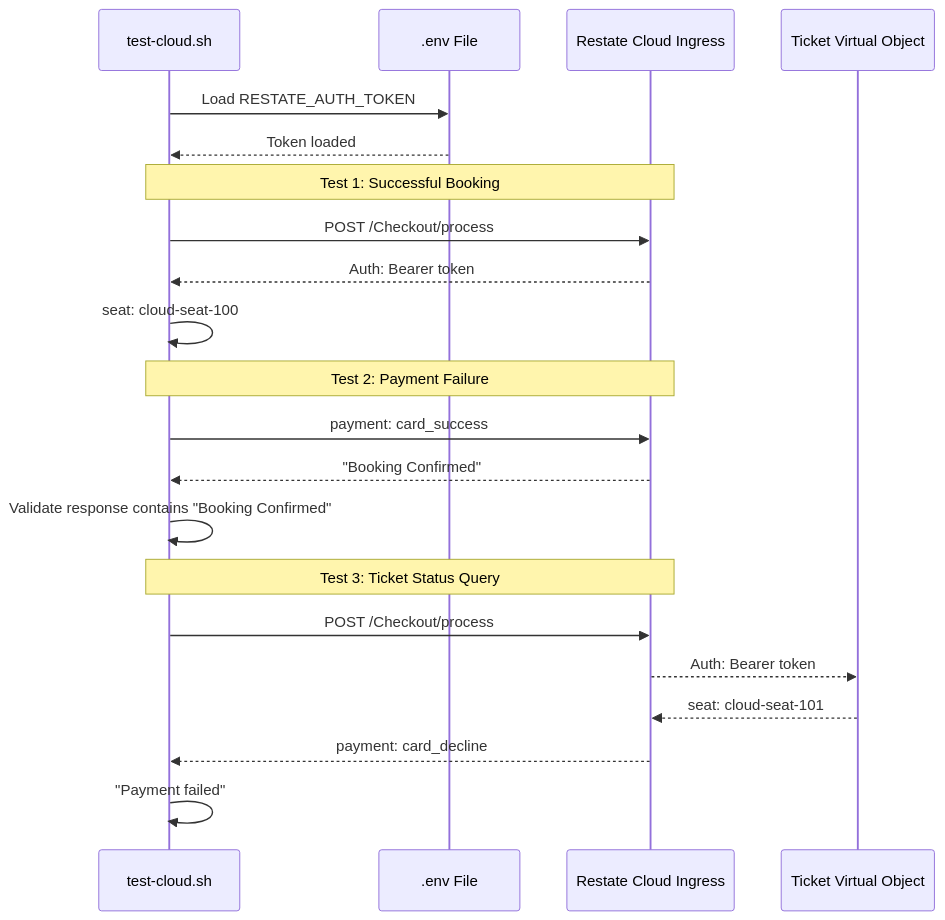
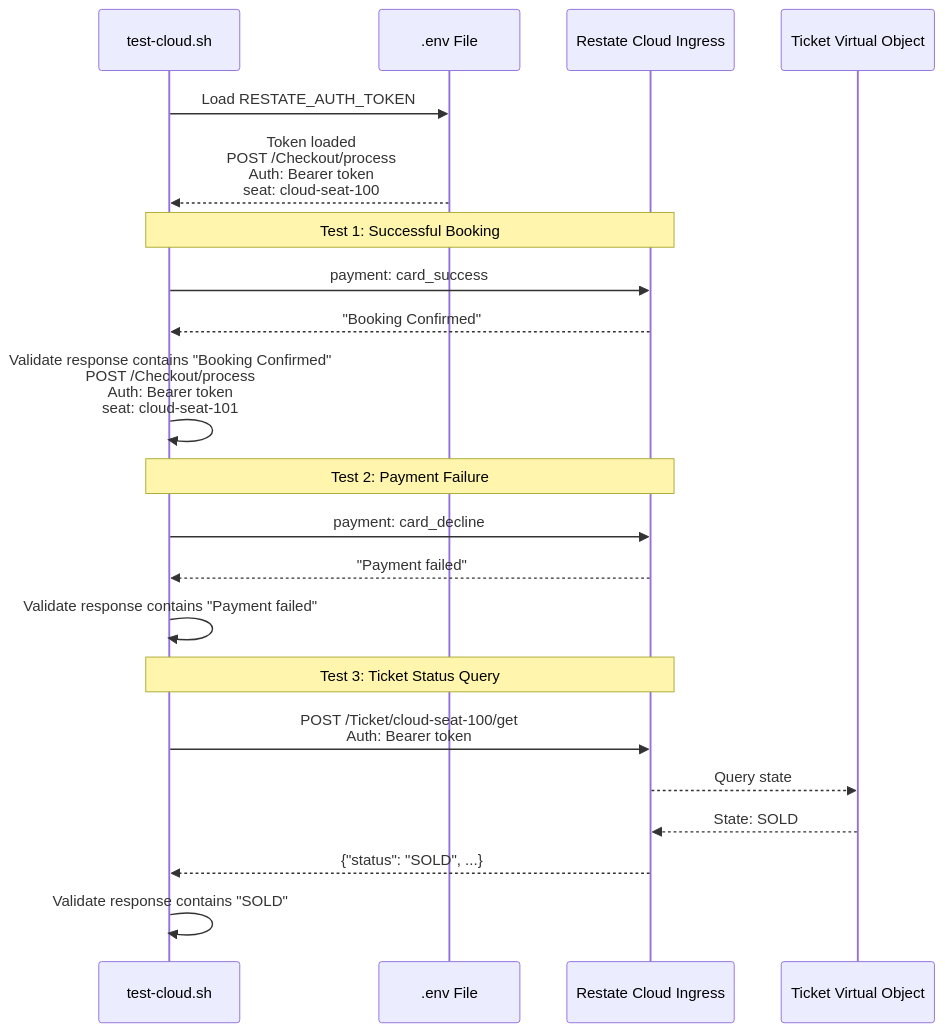
The second of 3 diagrams in docs/deepwiki/Cloud-Validation.md (philipz/restate-cloudflare-workers-poc), drawn with Mermaid before and after one commit. The commit also changed 18 other files, not shown here.

Commit message:
refactor: standardize mermaid diagram participant syntax across documentation files

````diff
--- a/docs/deepwiki/Cloud-Validation.md
+++ b/docs/deepwiki/Cloud-Validation.md
@@ -152,24 +152,24 @@
 ```mermaid
 sequenceDiagram
-  participant test-cloud.sh
-  participant .env File
-  participant Restate Cloud Ingress
-  participant Ticket Virtual Object
+  participant p1 as test-cloud.sh
+  participant p2 as .env File
+  participant p3 as Restate Cloud Ingress
+  participant p4 as Ticket Virtual Object
 
-  test-cloud.sh->>.env File: Load RESTATE_AUTH_TOKEN
-  .env File-->>test-cloud.sh: Token loaded
-  note over test-cloud.sh,Restate Cloud Ingress: Test 1: Successful Booking
-  test-cloud.sh->>Restate Cloud Ingress: POST /Checkout/process
-  Restate Cloud Ingress-->>test-cloud.sh: Auth: Bearer token
-  test-cloud.sh->>test-cloud.sh: seat: cloud-seat-100
-  note over test-cloud.sh,Restate Cloud Ingress: Test 2: Payment Failure
-  test-cloud.sh->>Restate Cloud Ingress: payment: card_success
-  Restate Cloud Ingress-->>test-cloud.sh: "Booking Confirmed"
-  test-cloud.sh->>test-cloud.sh: Validate response contains "Booking Confirmed"
-  note over test-cloud.sh,Restate Cloud Ingress: Test 3: Ticket Status Query
-  test-cloud.sh->>Restate Cloud Ingress: POST /Checkout/process
-  Restate Cloud Ingress-->>Ticket Virtual Object: Auth: Bearer token
-  Ticket Virtual Object-->>Restate Cloud Ingress: seat: cloud-seat-101
-  Restate Cloud Ingress-->>test-cloud.sh: payment: card_decline
-  test-cloud.sh->>test-cloud.sh: "Payment failed"
+  p1->>p2: Load RESTATE_AUTH_TOKEN
+  p2-->>p1: Token loaded<br/>POST /Checkout/process<br/>Auth: Bearer token<br/>seat: cloud-seat-100
+  note over p1,p3: Test 1: Successful Booking
+  p1->>p3: payment: card_success
+  p3-->>p1: "Booking Confirmed"
+  p1->>p1: Validate response contains "Booking Confirmed"<br/>POST /Checkout/process<br/>Auth: Bearer token<br/>seat: cloud-seat-101
+  note over p1,p3: Test 2: Payment Failure
+  p1->>p3: payment: card_decline
+  p3-->>p1: "Payment failed"
+  p1->>p1: Validate response contains "Payment failed"
+  note over p1,p3: Test 3: Ticket Status Query
+  p1->>p3: POST /Ticket/cloud-seat-100/get<br/>Auth: Bearer token
+  p3-->>p4: Query state
+  p4-->>p3: State: SOLD
+  p3-->>p1: {"status": "SOLD", ...}
+  p1->>p1: Validate response contains "SOLD"
 ```
````
